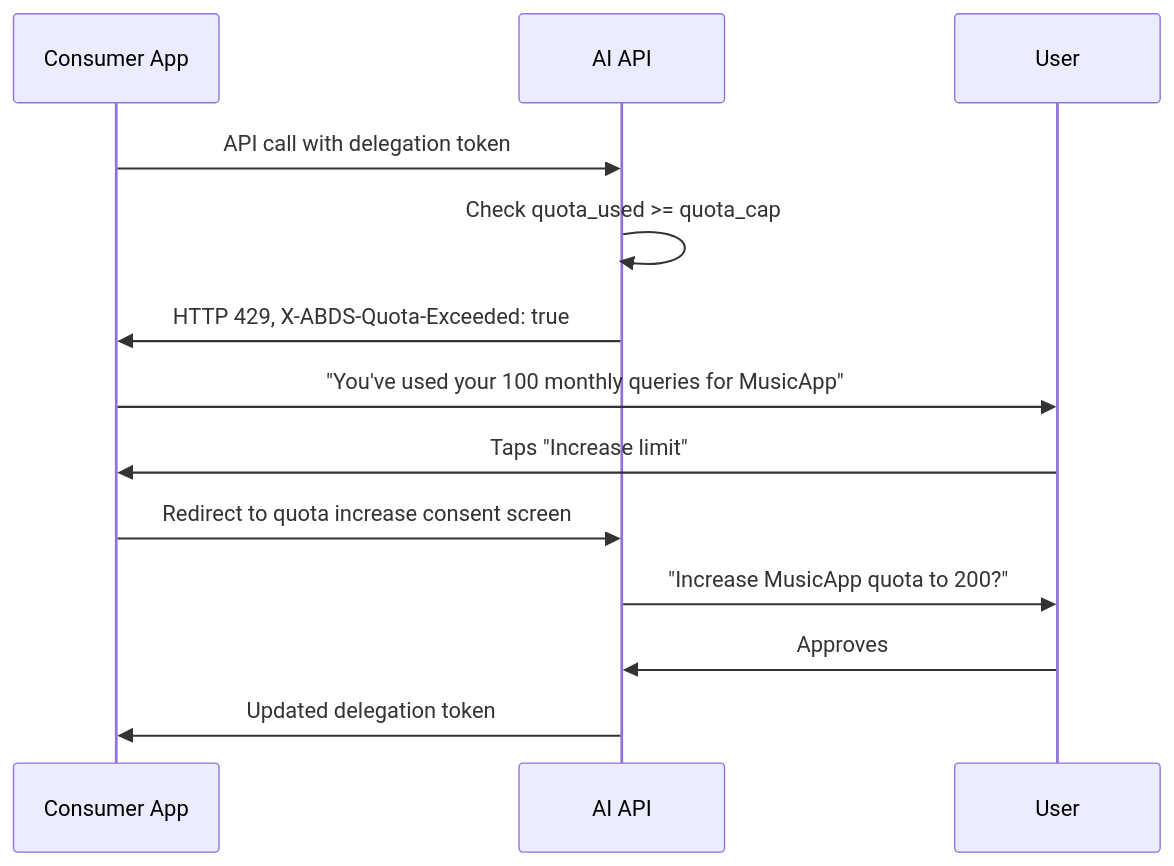
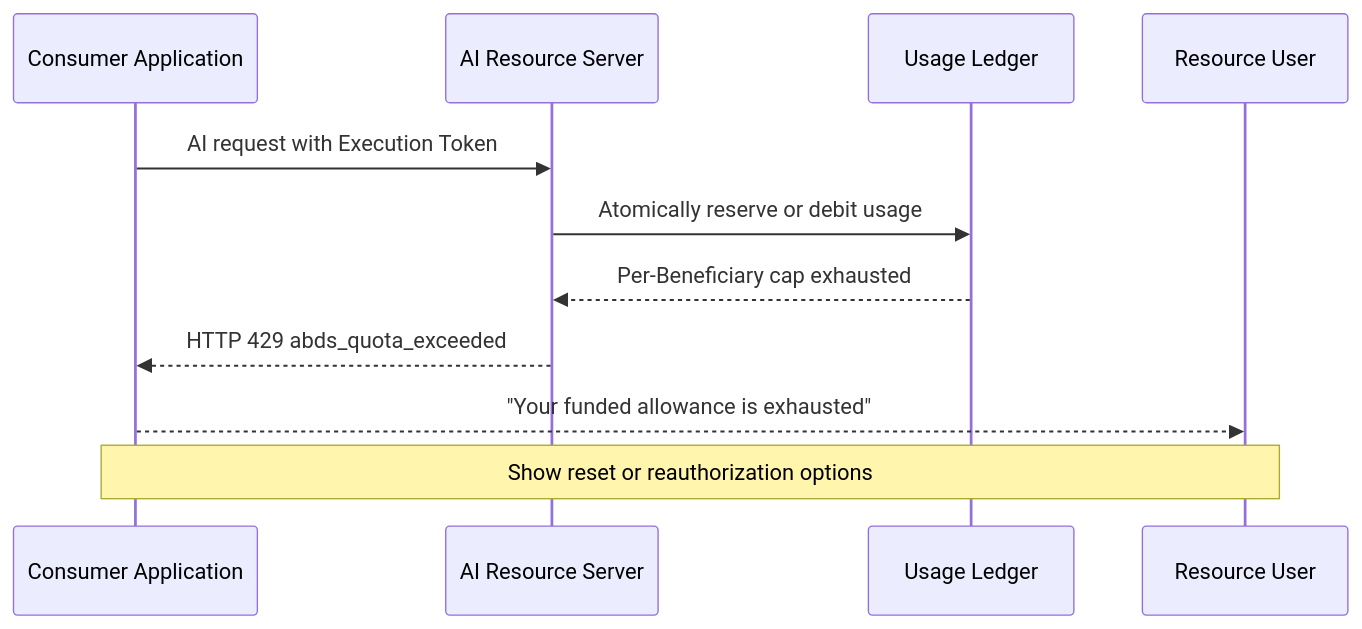
The third of 8 diagrams in FLOWS.md (MJohnstonAI/ai-billing-delegation), drawn with Mermaid before and after one commit. The commit also changed other lines of this file and 14 other files, not shown here.

````diff
--- a/FLOWS.md
+++ b/FLOWS.md
@@ -30,16 +67,14 @@
 ```mermaid
 sequenceDiagram
-    participant A as Consumer App
-    participant API as AI API
-    participant U as User
+    participant A as Consumer Application
+    participant API as AI Resource Server
+    participant L as Usage Ledger
+    participant U as Resource User
 
-    A->>API: API call with delegation token
-    API->>API: Check quota_used >= quota_cap
-    API->>A: HTTP 429, X-ABDS-Quota-Exceeded: true
-    A->>U: "You've used your 100 monthly queries for MusicApp"
-    U->>A: Taps "Increase limit"
-    A->>API: Redirect to quota increase consent screen
-    API->>U: "Increase MusicApp quota to 200?"
-    U->>API: Approves
-    API->>A: Updated delegation token
+    A->>API: AI request with Execution Token
+    API->>L: Atomically reserve or debit usage
+    L-->>API: Per-Beneficiary cap exhausted
+    API-->>A: HTTP 429 abds_quota_exceeded
+    A-->>U: "Your funded allowance is exhausted"
+    Note over A,U: Show reset or reauthorization options
 ```
````
